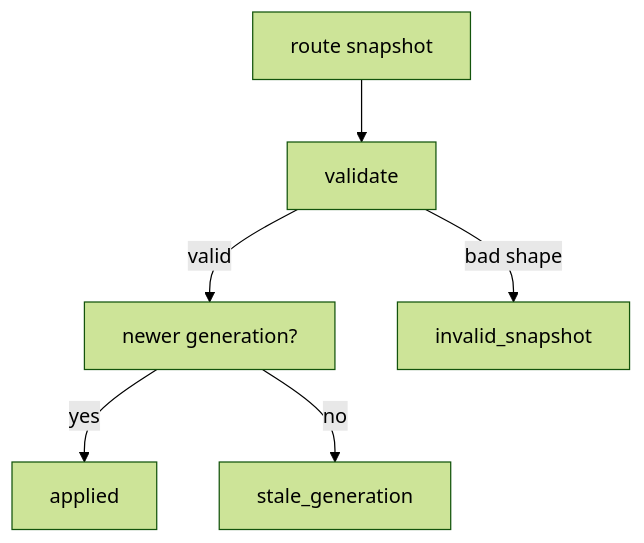
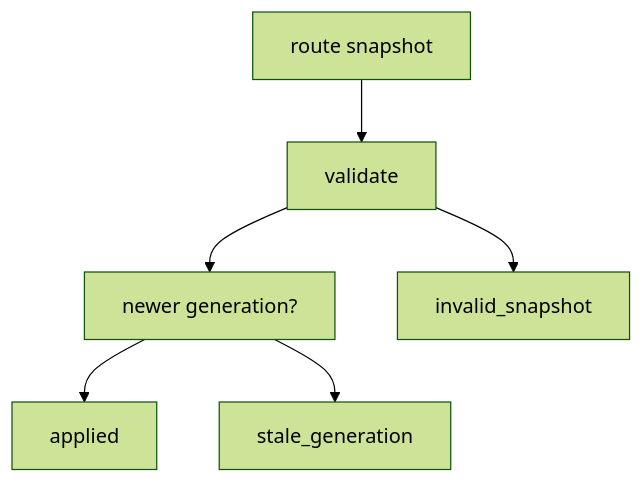
Before and after one commit to phuong-tran/coakka-samples: the third of 5 diagrams in README.md, drawn with Mermaid (forest theme). The commit also changed other lines of this file, not shown here.

Commit message:
docs: simplify mermaid diagrams for github

````diff
--- a/README.md
+++ b/README.md
@@ -414,15 +414,15 @@
 ```mermaid
 flowchart TD
     snapshot["route snapshot"]
     validate["validate"]
     compare["newer generation?"]
     applied["applied"]
     stale["stale_generation"]
     invalid["invalid_snapshot"]
 
     snapshot --> validate
-    validate -->|bad shape| invalid
-    validate -->|valid| compare
-    compare -->|yes| applied
-    compare -->|no| stale
+    validate --> invalid
+    validate --> compare
+    compare --> applied
+    compare --> stale
 ```
````
